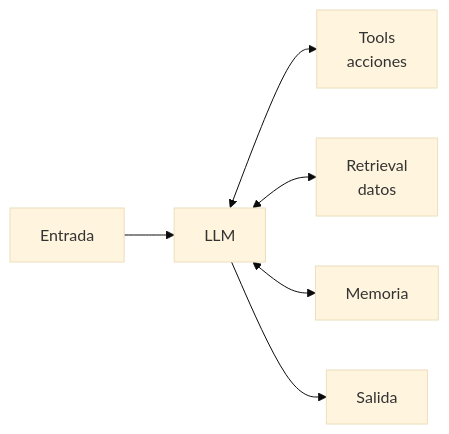
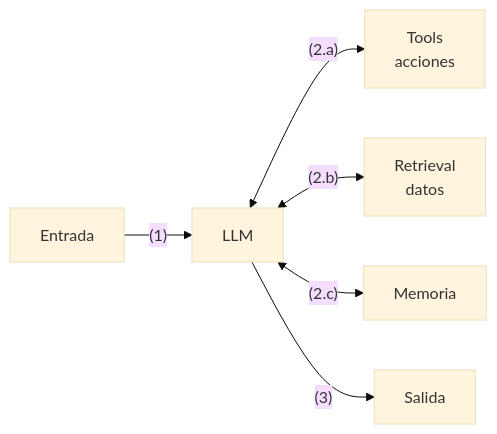
The third of 47 diagrams in md/Patrones aplicados al desarrollo de agentes.md (whinedo/ai-docs), drawn with Mermaid (base theme) before and after one commit. The commit also changed other lines of this file and 12 other files, not shown here.

````diff
--- a/md/Patrones aplicados al desarrollo de agentes.md
+++ b/md/Patrones aplicados al desarrollo de agentes.md
@@ -93,8 +176,8 @@
 ```mermaid
 flowchart LR
-  IN["Entrada"] --> LLM["LLM"]
-  LLM <--> T["Tools<br/>acciones"]
-  LLM <--> R["Retrieval<br/>datos"]
-  LLM <--> M["Memoria"]
-  LLM --> OUT["Salida"]
+  IN["Entrada"] -- "(1)" --> LLM["LLM"]
+  LLM <-- "(2.a)" --> T["Tools<br/>acciones"]
+  LLM <-- "(2.b)" --> R["Retrieval<br/>datos"]
+  LLM <-- "(2.c)" --> M["Memoria"]
+  LLM -- "(3)" --> OUT["Salida"]
 ```
````
